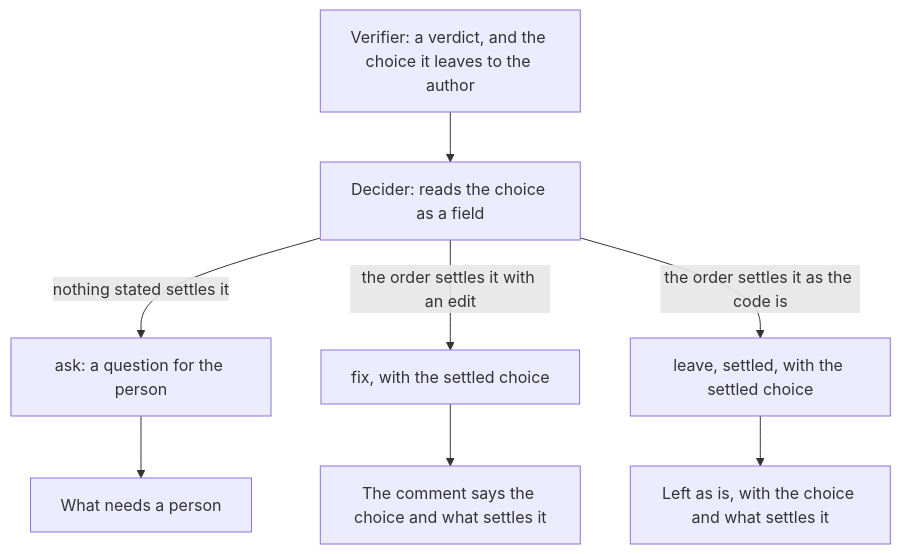
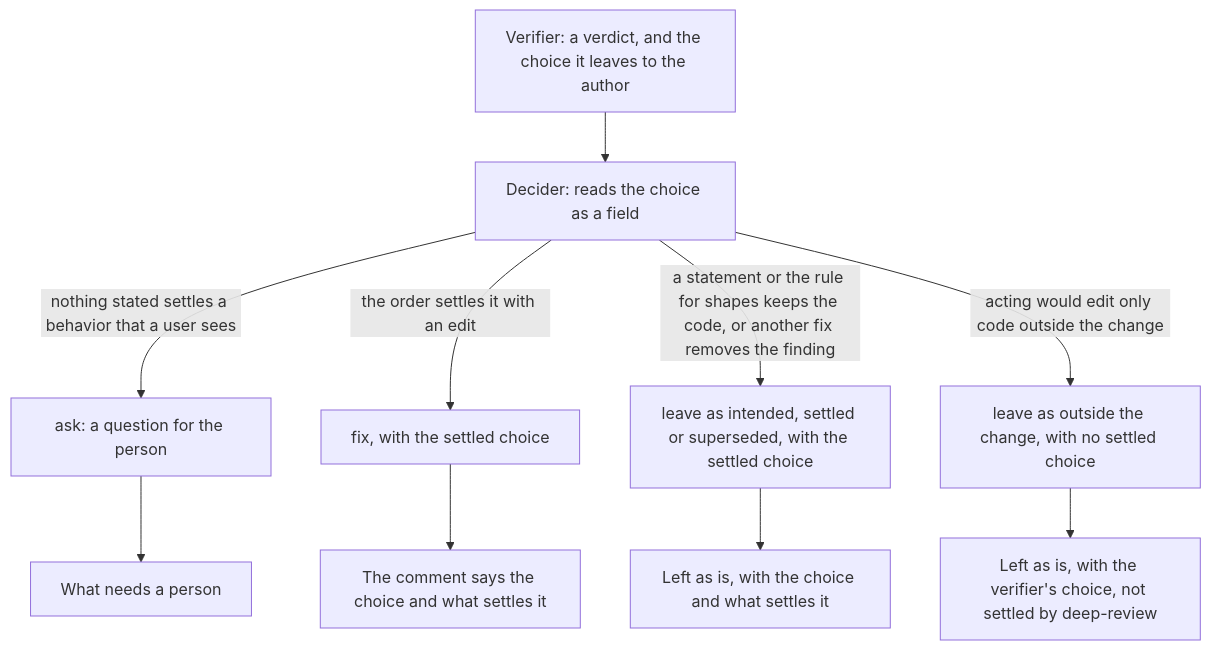
Before and after one commit to josephjang/deep-review: the diagram in docs/changes/2026-11-06-choice-settled-on-the-record.requirements.md, drawn with Mermaid. The commit also changed other lines of this file and 1 other file, not shown here.

First line of the commit message:
docs(changes): Ask a kept behavior, and settle a superseded finding

````diff
--- a/docs/changes/2026-11-06-choice-settled-on-the-record.requirements.md
+++ b/docs/changes/2026-11-06-choice-settled-on-the-record.requirements.md
@@ -15,10 +15,12 @@
 ```mermaid
 flowchart TD
     V["Verifier: a verdict, and the choice it leaves to the author"] --> D["Decider: reads the choice as a field"]
-    D -->|"nothing stated settles it"| A["ask: a question for the person"]
+    D -->|"nothing stated settles a behavior that a user sees"| A["ask: a question for the person"]
     D -->|"the order settles it with an edit"| F["fix, with the settled choice"]
-    D -->|"the order settles it as the code is"| L["leave, settled, with the settled choice"]
+    D -->|"a statement or the rule for shapes keeps the code, or another fix removes the finding"| L["leave as intended, settled or superseded, with the settled choice"]
+    D -->|"acting would edit only code outside the change"| O["leave as outside the change, with no settled choice"]
     A --> N["What needs a person"]
     F --> C["The comment says the choice and what settles it"]
     L --> E["Left as is, with the choice and what settles it"]
+    O --> U["Left as is, with the verifier's choice, not settled by deep-review"]
 ```
````
